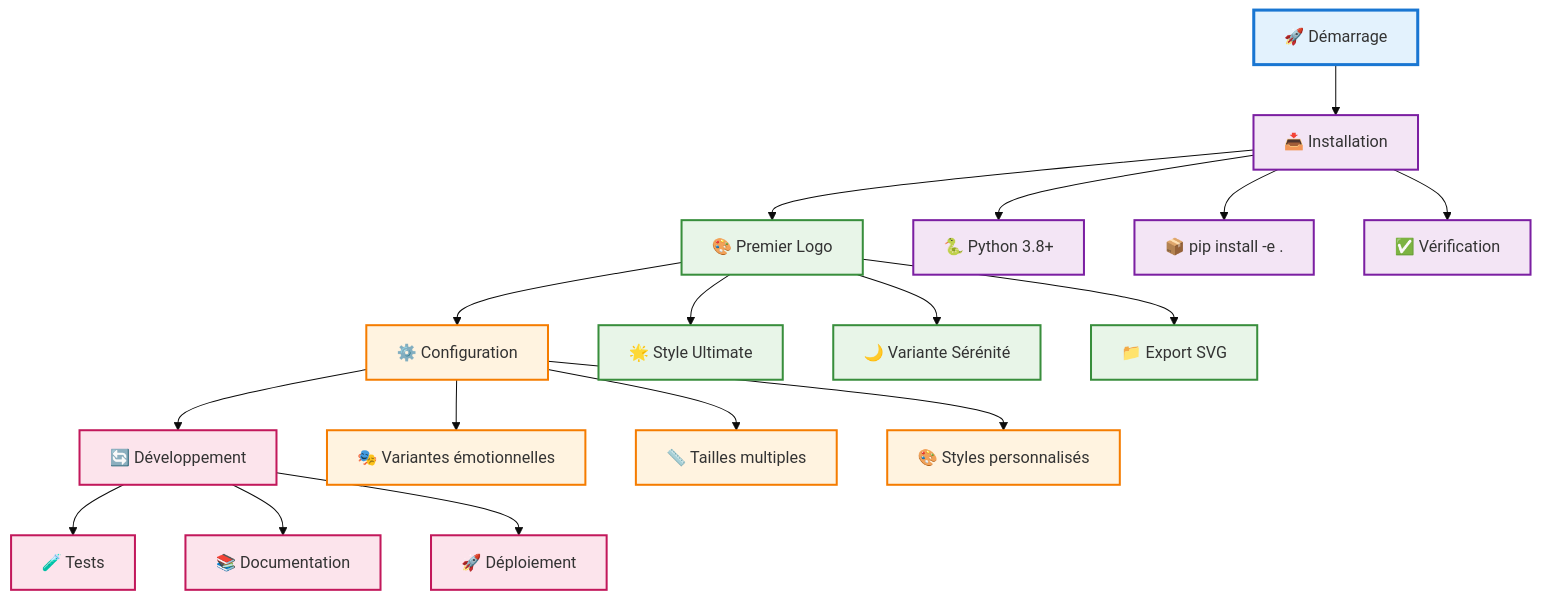
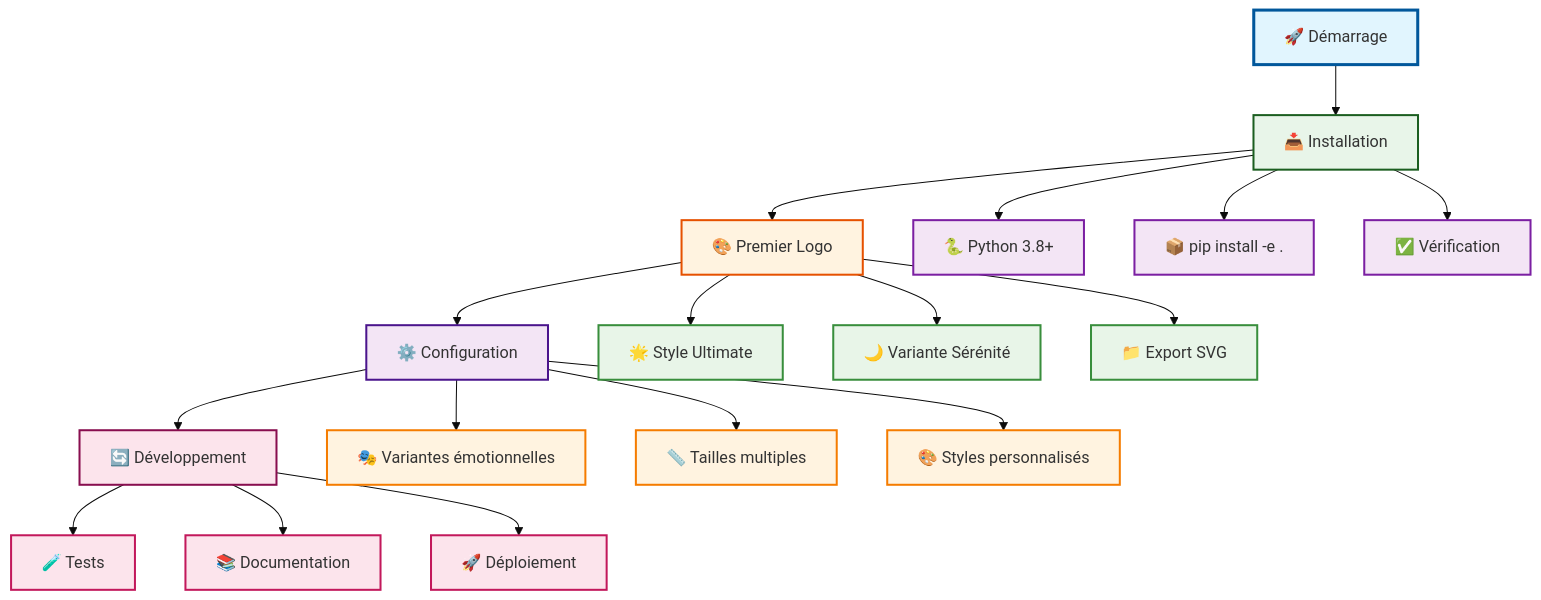
The diagram in docs/QUICKSTART.md (arkalia-luna-system/Arkalia-luna-logo), drawn with Mermaid (base theme) before and after one commit. The commit also changed other lines of this file and 22 other files, not shown here.

````diff
--- a/docs/QUICKSTART.md
+++ b/docs/QUICKSTART.md
@@ -103,40 +109,47 @@
 ```mermaid
 flowchart TD
     A[🚀 Démarrage] --> B[📥 Installation]
     B --> C[🎨 Premier Logo]
     C --> D[⚙️ Configuration]
     D --> E[🔄 Développement]
     
     %% Installation
     B --> B1[🐍 Python 3.8+]
     B --> B2[📦 pip install -e .]
     B --> B3[✅ Vérification]
     
     %% Premier Logo
     C --> C1[🌟 Style Ultimate]
     C --> C2[🌙 Variante Sérénité]
     C --> C3[📁 Export SVG]
     
     %% Configuration
     D --> D1[🎭 Variantes émotionnelles]
     D --> D2[📏 Tailles multiples]
     D --> D3[🎨 Styles personnalisés]
     
+    %% Styles
+    style A fill:#e1f5fe,stroke:#01579b,stroke-width:3px
+    style B fill:#e8f5e9,stroke:#1b5e20,stroke-width:2px
+    style C fill:#fff3e0,stroke:#e65100,stroke-width:2px
+    style D fill:#f3e5f5,stroke:#4a148c,stroke-width:2px
+    style E fill:#fce4ec,stroke:#880e4f,stroke-width:2px
+    
     %% Développement
     E --> E1[🧪 Tests]
     E --> E2[📚 Documentation]
     E --> E3[🚀 Déploiement]
     
     %% Styles
     classDef start fill:#e3f2fd,stroke:#1976d2,stroke-width:3px
     classDef install fill:#f3e5f5,stroke:#7b1fa2,stroke-width:2px
     classDef logo fill:#e8f5e8,stroke:#388e3c,stroke-width:2px
     classDef config fill:#fff3e0,stroke:#f57c00,stroke-width:2px
     classDef dev fill:#fce4ec,stroke:#c2185b,stroke-width:2px
     
     class A start
     class B,B1,B2,B3 install
     class C,C1,C2,C3 logo
     class D,D1,D2,D3 config
     class E,E1,E2,E3 dev
 ```
````
